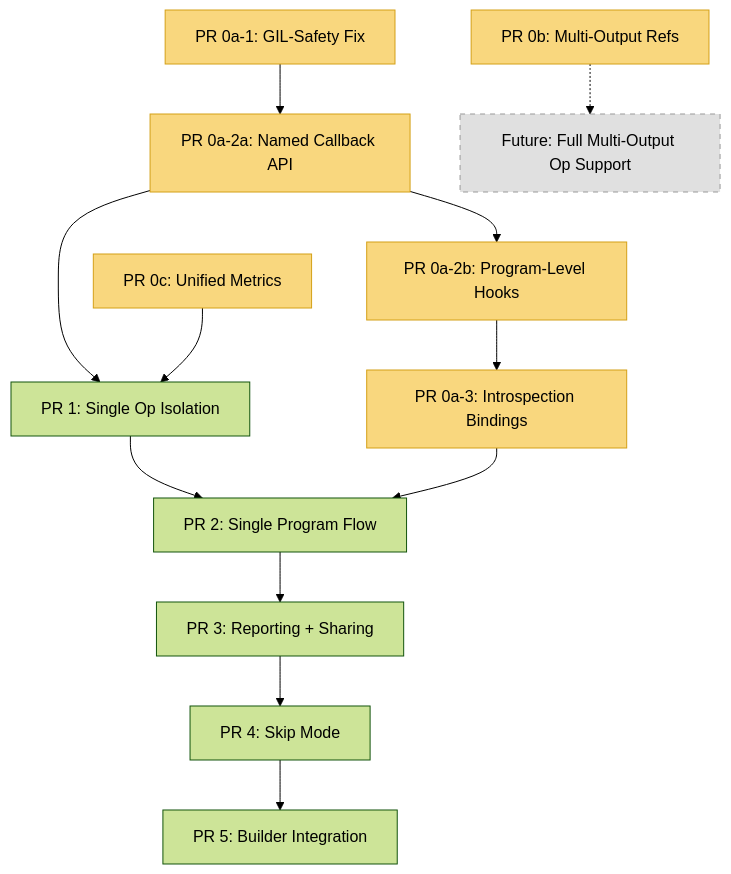
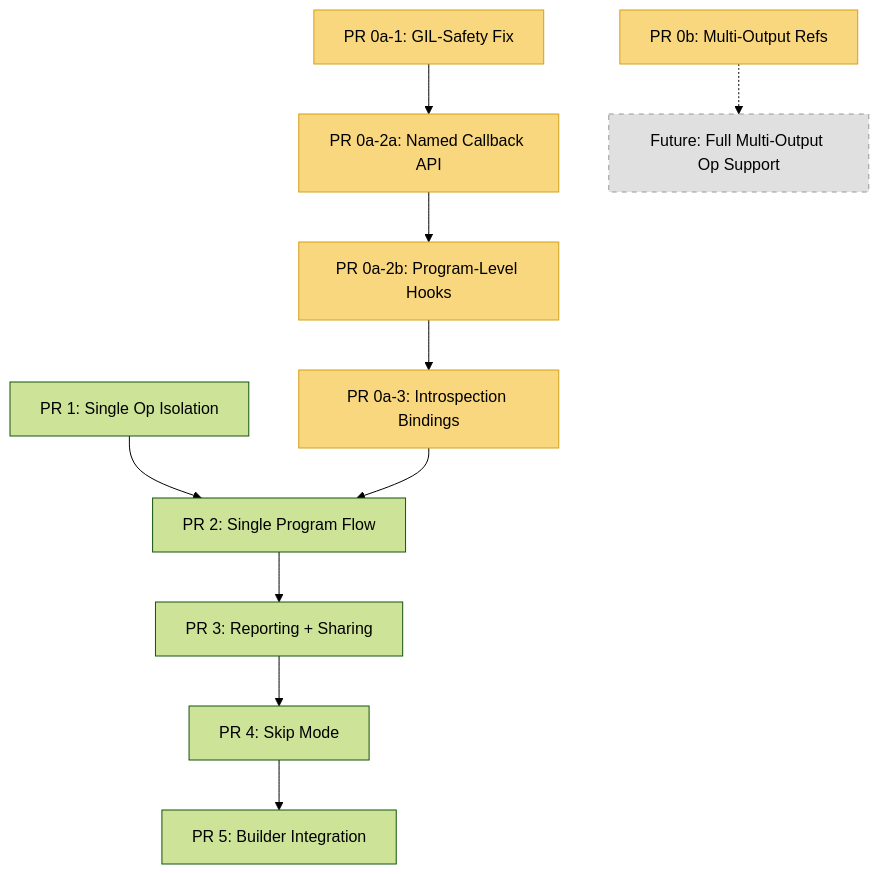
Before and after one commit to tenstorrent/tt-mlir: the diagram in tools/chisel/docs/implementation_plan.md, drawn with Mermaid (forest theme). The commit also changed other lines of this file and 16 other files, not shown here.

````diff
--- a/tools/chisel/docs/implementation_plan.md
+++ b/tools/chisel/docs/implementation_plan.md
@@ -37,22 +39,20 @@
 ```mermaid
 graph TD
     PR0a1["PR 0a-1: GIL-Safety Fix"] --> PR0a2a["PR 0a-2a: Named Callback API"]
     PR0a2a --> PR0a2b["PR 0a-2b: Program-Level Hooks"]
     PR0a2b --> PR0a3["PR 0a-3: Introspection Bindings"]
-    PR0a2a --> PR1["PR 1: Single Op Isolation"]
-    PR0c["PR 0c: Unified Metrics"] --> PR1
+    PR1["PR 1: Single Op Isolation"]
     PR1 --> PR2["PR 2: Single Program Flow"]
     PR0a3 --> PR2
     PR2 --> PR3["PR 3: Reporting + Sharing"]
     PR3 --> PR4["PR 4: Skip Mode"]
     PR4 --> PR5["PR 5: Builder Integration"]
     PR0b["PR 0b: Multi-Output Refs"] -.-> Future["Future: Full Multi-Output Op Support"]
 
     style PR0a1 fill:#f9d77e,stroke:#d4a017
     style PR0a2a fill:#f9d77e,stroke:#d4a017
     style PR0a2b fill:#f9d77e,stroke:#d4a017
     style PR0a3 fill:#f9d77e,stroke:#d4a017
     style PR0b fill:#f9d77e,stroke:#d4a017
-    style PR0c fill:#f9d77e,stroke:#d4a017
     style Future fill:#e0e0e0,stroke:#999,stroke-dasharray: 5 5
 ```
````
